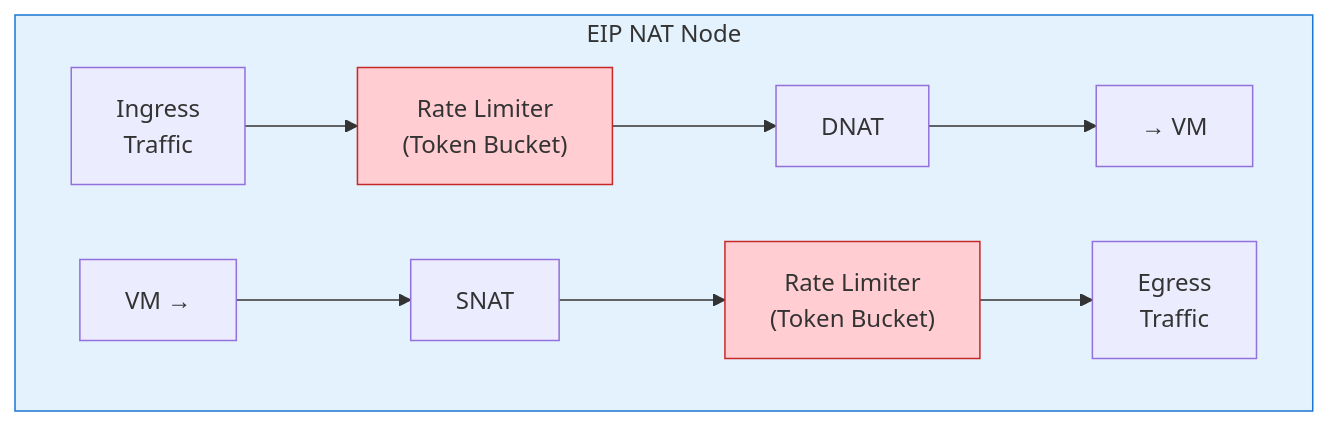
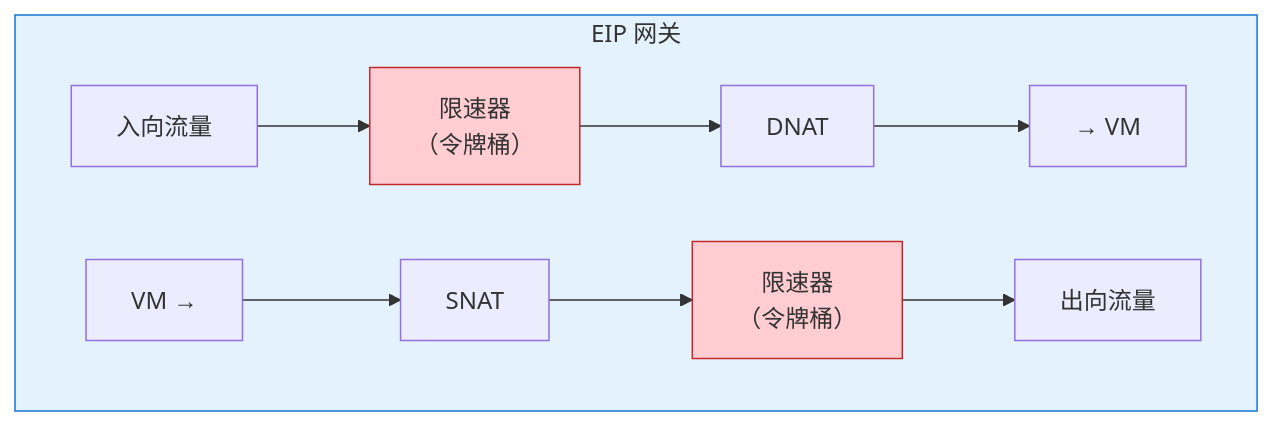
The third of 4 diagrams in docs/14.固定的公网身份弹性公网IP.md (caozhiyi/network-book), drawn with Mermaid before and after one commit. The commit also changed other lines of this file and 77 other files, not shown here.

````diff
--- a/docs/14.固定的公网身份弹性公网IP.md
+++ b/docs/14.固定的公网身份弹性公网IP.md
@@ -141,16 +121,16 @@
 ```mermaid
 graph LR
-    subgraph NAT_NODE["EIP NAT Node"]
+    subgraph NAT_NODE["EIP 网关"]
         direction LR
-        IN["Ingress<br/>Traffic"] --> RL1["Rate Limiter<br/>(Token Bucket)"]
+        IN["入向流量"] --> RL1["限速器<br/>（令牌桶）"]
         RL1 --> DNAT["DNAT"]
         DNAT --> VM_IN["→ VM"]
         VM_OUT["VM →"] --> SNAT["SNAT"]
-        SNAT --> RL2["Rate Limiter<br/>(Token Bucket)"]
-        RL2 --> OUT["Egress<br/>Traffic"]
+        SNAT --> RL2["限速器<br/>（令牌桶）"]
+        RL2 --> OUT["出向流量"]
     end
 
     style NAT_NODE fill:#e3f2fd,stroke:#1976d2
     style RL1 fill:#ffcdd2,stroke:#c62828
     style RL2 fill:#ffcdd2,stroke:#c62828
 ```
````
